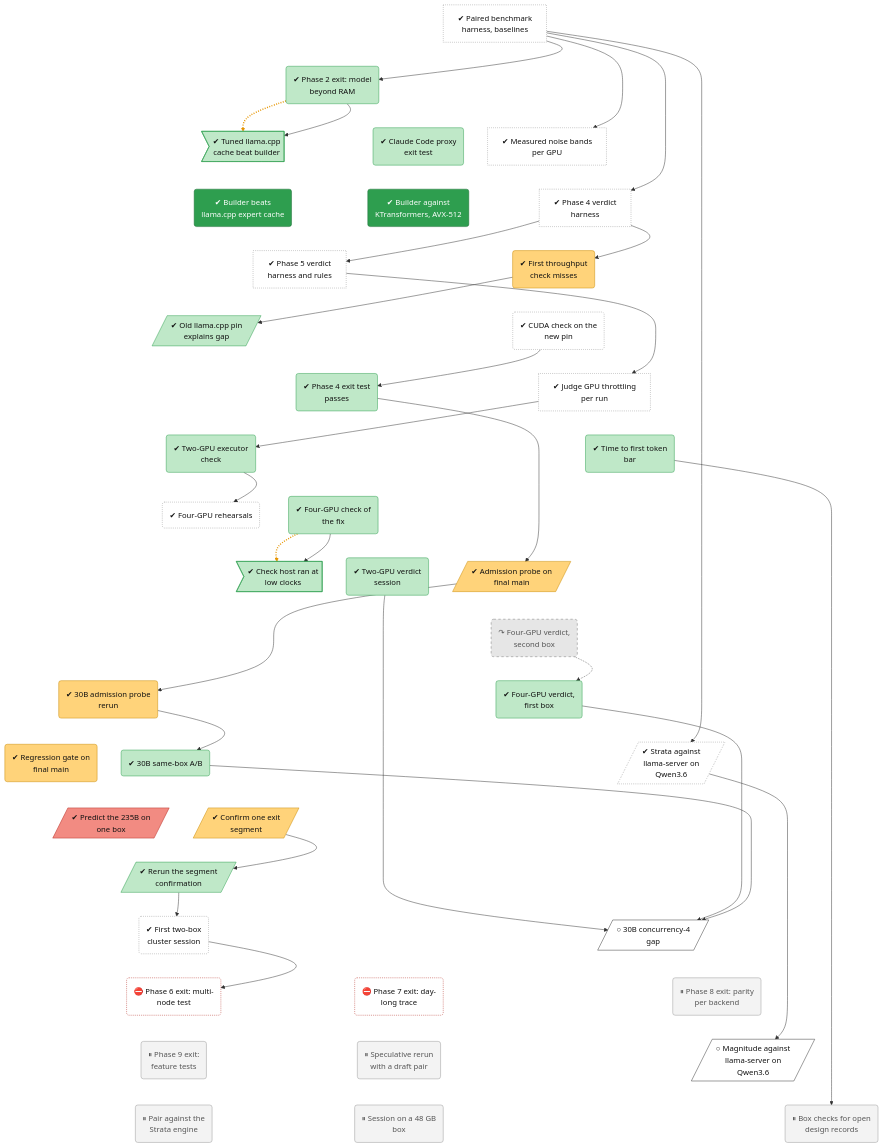
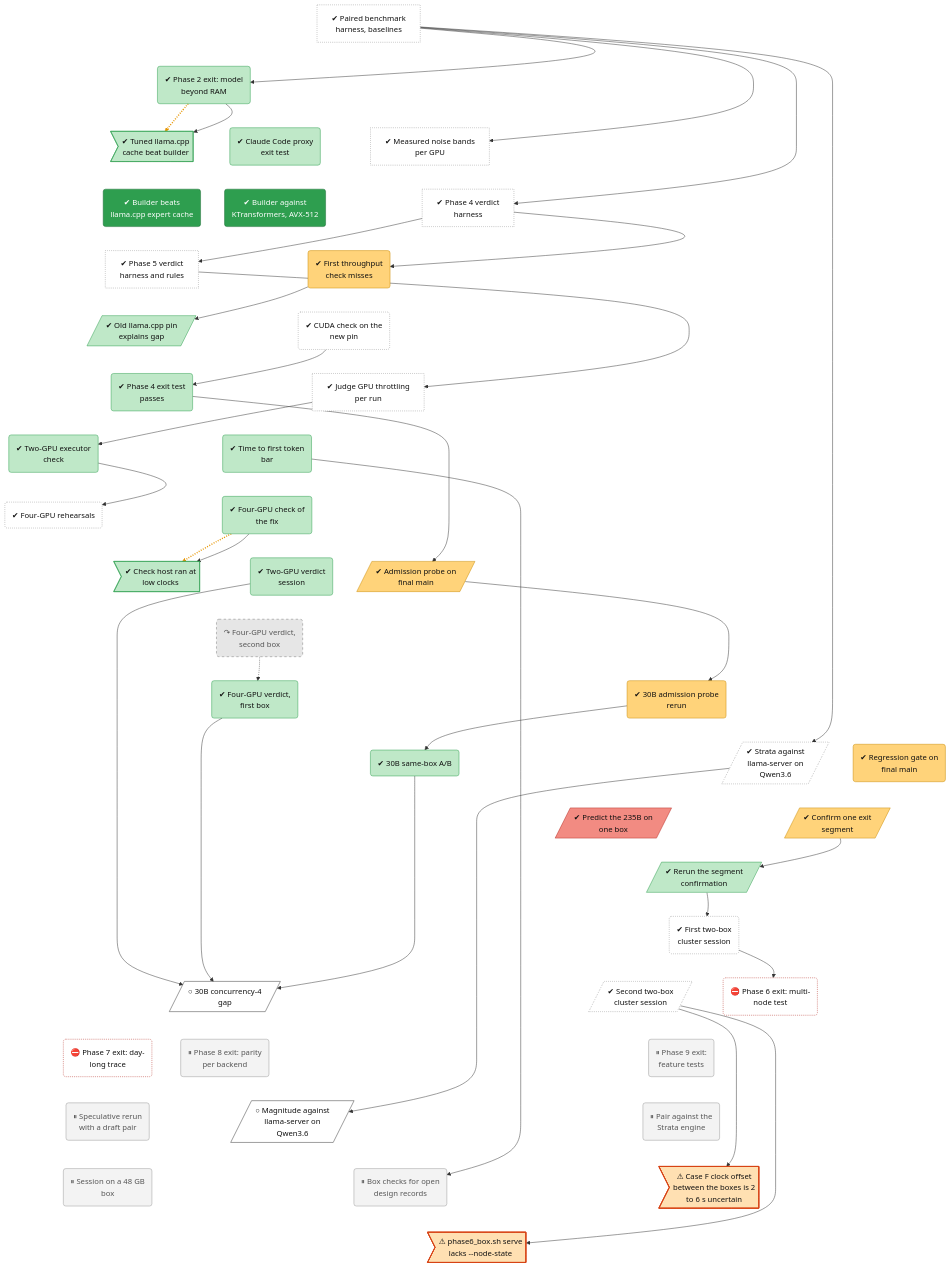
One commit to lhns/tetraeder changed the diagram in docs/roadmap/tracks/bench.md. Above: the diagram before and after it, drawn with Mermaid. The commit also changed other lines of this file and 173 other files, not shown here.

Commit message:
Phase 6 rehearsal 2 (ADR 0091), phase6-rehearsal-2-20261125: results, README, tree node and defect nodes; not measured

````diff
--- a/docs/roadmap/tracks/bench.md
+++ b/docs/roadmap/tracks/bench.md
@@ -40,6 +40,7 @@
     bench_235b_segment_confirm[/"✔ Confirm one exit<br/>segment"/]
     bench_235b_segment_confirm_2[/"✔ Rerun the segment<br/>confirmation"/]
     bench_phase6_rehearsal("✔ First two-box<br/>cluster session")
+    bench_phase6_rehearsal_2[/"✔ Second two-box<br/>cluster session"/]
     bench_30b_c4_gap[/"○ 30B concurrency-4<br/>gap"/]
     bench_phase6_exit("⛔ Phase 6 exit: multi-<br/>node test")
     bench_phase7_exit("⛔ Phase 7 exit: day-<br/>long trace")
@@ -50,6 +51,8 @@
     bench_strata_pairing("⏸ Pair against the<br/>Strata engine")
     bench_d1_session("⏸ Session on a 48 GB<br/>box")
     bench_open_records("⏸ Box checks for open<br/>design records")
+    bench_phase6_clock_offset>"⚠ Case F clock offset<br/>between the boxes is 2<br/>to 6 s uncertain"]
+    bench_phase6_serve_node_state>"⚠ phase6_box.sh serve<br/>lacks --node-state"]
     bench_harness ~~~ bench_phase2_exit
     bench_phase2_exit ~~~ bench_defect_tuned_cache
     bench_phase2_exit ~~~ bench_phase3b_proxy
@@ -85,9 +88,10 @@
     bench_235b_stream_predict ~~~ bench_235b_segment_confirm_2
     bench_235b_segment_confirm ~~~ bench_235b_segment_confirm_2
     bench_235b_segment_confirm_2 ~~~ bench_phase6_rehearsal
-    bench_235b_segment_confirm_2 ~~~ bench_30b_c4_gap
+    bench_phase6_rehearsal ~~~ bench_phase6_rehearsal_2
+    bench_phase6_rehearsal ~~~ bench_30b_c4_gap
     bench_phase6_rehearsal ~~~ bench_phase6_exit
-    bench_30b_c4_gap ~~~ bench_phase7_exit
+    bench_phase6_rehearsal_2 ~~~ bench_phase7_exit
     bench_30b_c4_gap ~~~ bench_phase8_exit
     bench_phase6_exit ~~~ bench_phase9_exit
     bench_phase7_exit ~~~ bench_spec_rerun
@@ -95,6 +99,10 @@
     bench_phase9_exit ~~~ bench_strata_pairing
     bench_spec_rerun ~~~ bench_d1_session
     bench_magnitude_q36 ~~~ bench_open_records
+    bench_strata_pairing ~~~ bench_phase6_clock_offset
+    bench_d1_session ~~~ bench_phase6_serve_node_state
+    bench_open_records ~~~ bench_phase6_serve_node_state
+    bench_phase6_clock_offset ~~~ bench_phase6_serve_node_state
     bench_harness --> bench_phase2_exit
     bench_phase2_exit -.-> bench_defect_tuned_cache
     bench_phase2_exit --> bench_defect_tuned_cache
@@ -122,7 +130,9 @@
     bench_phase6_rehearsal --> bench_phase6_exit
     bench_strata_q36 --> bench_magnitude_q36
     bench_ttft --> bench_open_records
-    linkStyle 46,57 stroke:#e69500,stroke-width:3px,stroke-dasharray:2 3
+    bench_phase6_rehearsal_2 --> bench_phase6_clock_offset
+    bench_phase6_rehearsal_2 --> bench_phase6_serve_node_state
+    linkStyle 51,62 stroke:#e69500,stroke-width:3px,stroke-dasharray:2 3
     classDef vsucc fill:#2e9e4f,stroke:#1b6b34,color:#fff
     classDef succ fill:#bfe8c8,stroke:#2e9e4f,color:#111
     classDef mixed fill:#ffd37a,stroke:#c98a00,color:#111
@@ -137,7 +147,7 @@
     classDef decided fill:#ece0f7,stroke:#7b3fb5,stroke-dasharray:2 2,color:#111
     classDef finding fill:#ffe0b2,stroke:#d84315,stroke-width:2px,color:#111
     classDef waiting fill:#e3f2fd,stroke:#1f6fc5,stroke-dasharray:5 5,color:#111
-    class bench_harness,bench_noise_bands,bench_phase4_harness,bench_phase5_harness,bench_pin_confirm,bench_throttle_rules,bench_s3_rehearsal,bench_strata_q36,bench_phase6_rehearsal unrated
+    class bench_harness,bench_noise_bands,bench_phase4_harness,bench_phase5_harness,bench_pin_confirm,bench_throttle_rules,bench_s3_rehearsal,bench_strata_q36,bench_phase6_rehearsal,bench_phase6_rehearsal_2 unrated
     class bench_phase2_exit,bench_defect_tuned_cache,bench_phase3b_proxy,bench_pin_ab,bench_phase4_exit,bench_s2_step0,bench_ttft,bench_s3f2,bench_defect_s3f2_clock,bench_v2_verdict,bench_v4a_verdict,bench_ab30b,bench_235b_segment_confirm_2 succ
     class bench_m1_point1,bench_m1_point3 vsucc
     class bench_d2a_rerun,bench_d2a_probe,bench_d2a_30b,bench_regression_gate,bench_235b_segment_confirm mixed
@@ -146,4 +156,5 @@
     class bench_30b_c4_gap,bench_magnitude_q36 next
     class bench_phase6_exit,bench_phase7_exit blocked
     class bench_phase8_exit,bench_phase9_exit,bench_spec_rerun,bench_strata_pairing,bench_d1_session,bench_open_records parked
+    class bench_phase6_clock_offset,bench_phase6_serve_node_state finding
 ```
````
